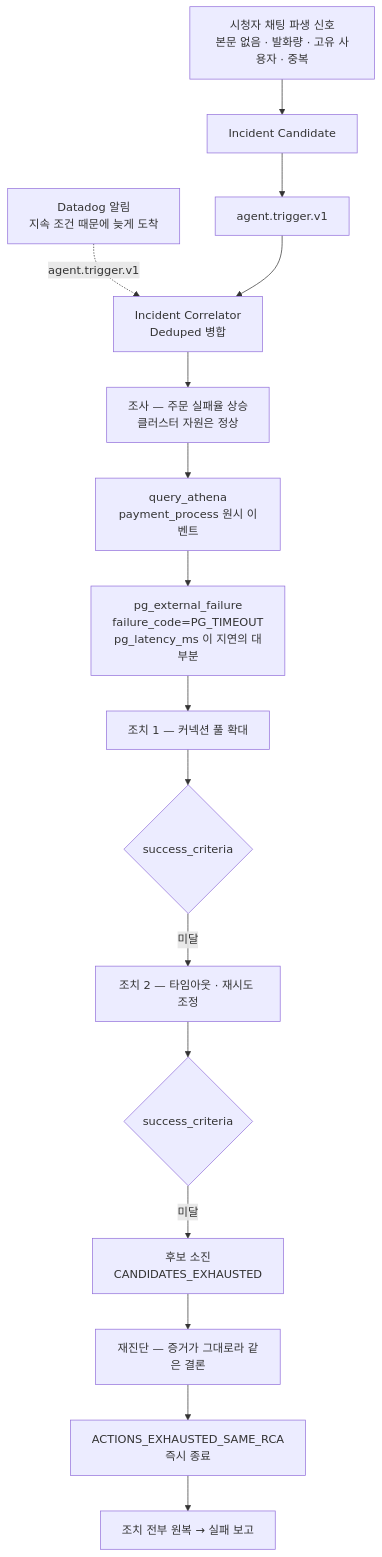
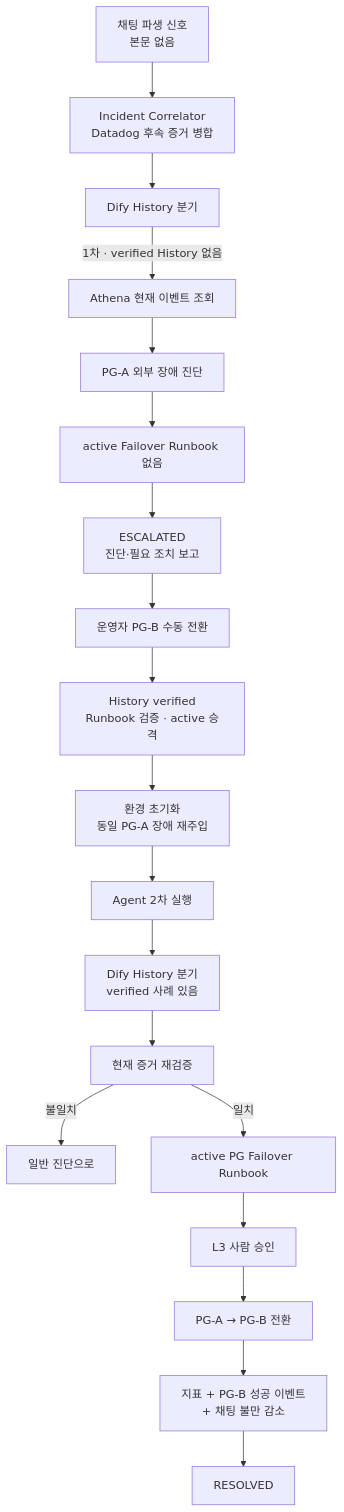
Before and after one commit to CJ-Only-One/O2-live-ai-ops: the fourth of 4 diagrams in docs/scenario-experiment.md, drawn with Mermaid. The commit also changed other lines of this file and 1 other file, not shown here.

Commit message:
docs(agent): 시나리오 수정본 반영

````diff
--- a/docs/scenario-experiment.md
+++ b/docs/scenario-experiment.md
@@ -234,18 +338,21 @@
 ```mermaid
 flowchart TB
-    A["시청자 채팅 파생 신호<br/>본문 없음 · 발화량 · 고유 사용자 · 중복"] --> B["Incident Candidate"]
-    B --> C["agent.trigger.v1"]
-    D["Datadog 알림<br/>지속 조건 때문에 늦게 도착"] -.->|"agent.trigger.v1"| E
-    C --> E["Incident Correlator<br/>Deduped 병합"]
-    E --> F["조사 — 주문 실패율 상승<br/>클러스터 자원은 정상"]
-    F --> G["query_athena<br/>payment_process 원시 이벤트"]
-    G --> H["pg_external_failure<br/>failure_code=PG_TIMEOUT<br/>pg_latency_ms 이 지연의 대부분"]
-    H --> I["조치 1 — 커넥션 풀 확대"]
-    I --> J{"success_criteria"}
-    J -->|"미달"| K["조치 2 — 타임아웃 · 재시도 조정"]
-    K --> L{"success_criteria"}
-    L -->|"미달"| M["후보 소진<br/>CANDIDATES_EXHAUSTED"]
-    M --> N["재진단 — 증거가 그대로라 같은 결론"]
-    N --> O["ACTIONS_EXHAUSTED_SAME_RCA<br/>즉시 종료"]
-    O --> P["조치 전부 원복 → 실패 보고"]
+    A["채팅 파생 신호<br/>본문 없음"] --> B["Incident Correlator<br/>Datadog 후속 증거 병합"]
+    B --> C["Dify History 분기"]
+    C -->|"1차 · verified History 없음"| D["Athena 현재 이벤트 조회"]
+    D --> E["PG-A 외부 장애 진단"]
+    E --> F["active Failover Runbook 없음"]
+    F --> G["ESCALATED<br/>진단·필요 조치 보고"]
+    G --> H["운영자 PG-B 수동 전환"]
+    H --> I["History verified<br/>Runbook 검증 · active 승격"]
+    I --> J["환경 초기화<br/>동일 PG-A 장애 재주입"]
+    J --> K["Agent 2차 실행"]
+    K --> L["Dify History 분기<br/>verified 사례 있음"]
+    L --> M["현재 증거 재검증"]
+    M -->|"불일치"| N["일반 진단으로"]
+    M -->|"일치"| O["active PG Failover Runbook"]
+    O --> P["L3 사람 승인"]
+    P --> Q["PG-A → PG-B 전환"]
+    Q --> R["지표 + PG-B 성공 이벤트<br/>+ 채팅 불만 감소"]
+    R --> S["RESOLVED"]
 ```
````
